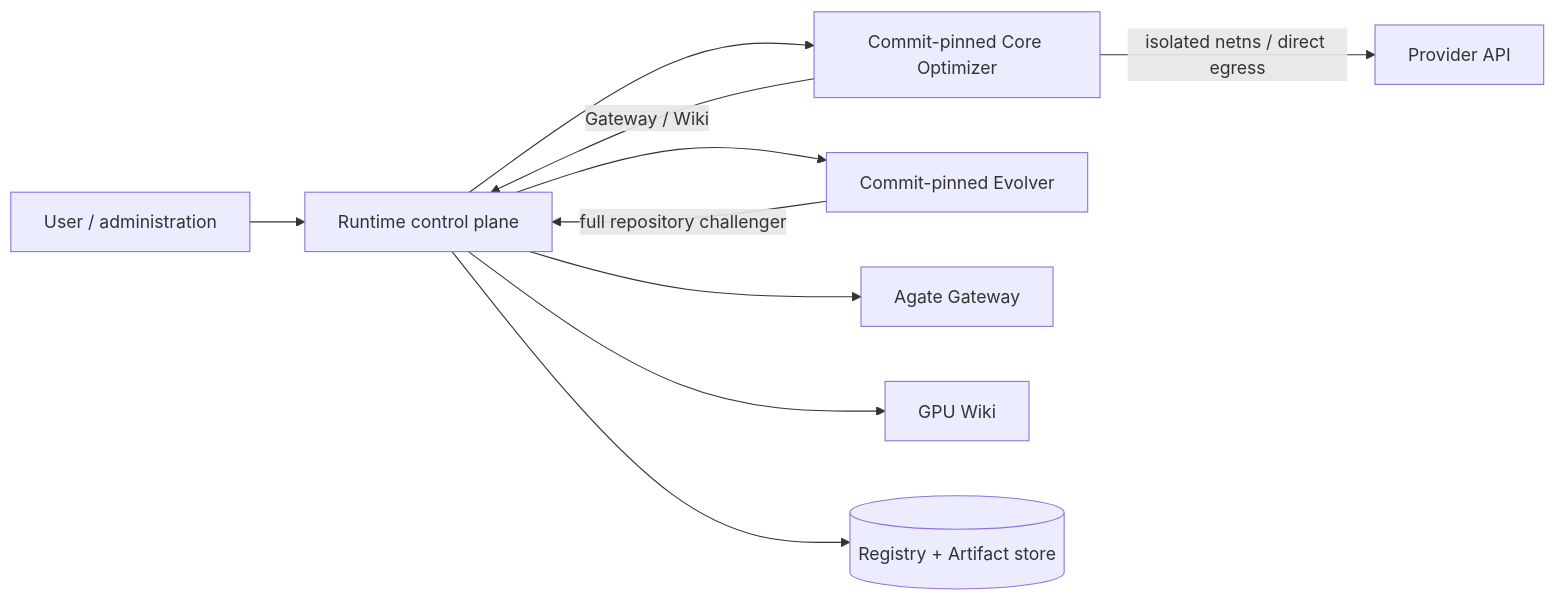
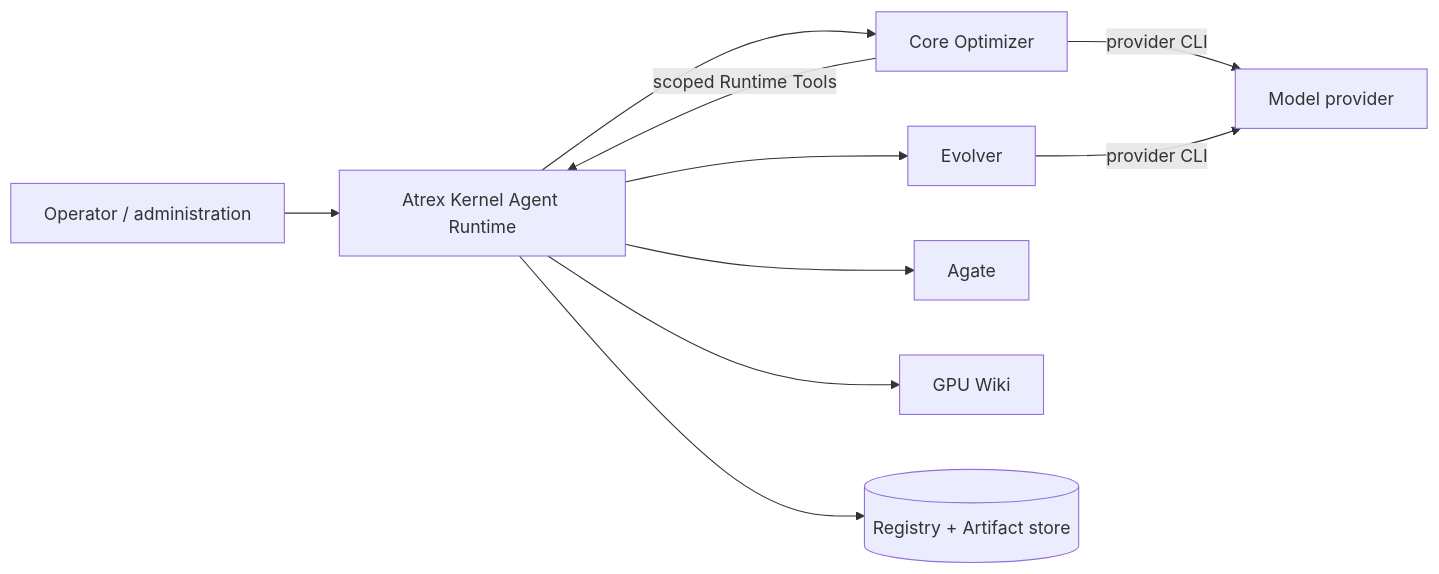
One commit to guoyuqi020/atrex-kernel-agent-runtime changed the diagram in docs/architecture.md. Above: the diagram before and after it, drawn with Mermaid. The commit also changed other lines of this file and 69 other files, not shown here.

````diff
--- a/docs/architecture.md
+++ b/docs/architecture.md
@@ -7,12 +11,12 @@
 ```mermaid
 flowchart LR
-    U["User / administration"] --> R["Runtime control plane"]
-    R --> C["Commit-pinned Core Optimizer"]
-    R --> E["Commit-pinned Evolver"]
-    C -->|"Gateway / Wiki"| R
-    C -->|"isolated netns / direct egress"| P["Provider API"]
-    R --> G["Agate Gateway"]
+    U["Operator / administration"] --> R["Atrex Kernel Agent Runtime"]
+    R --> C["Core Optimizer"]
+    R --> E["Evolver"]
+    C -->|"scoped Runtime Tools"| R
+    R --> G["Agate"]
     R --> W["GPU Wiki"]
     R --> S[("Registry + Artifact store")]
-    E -->|"full repository challenger"| R
+    C -->|"provider CLI"| P["Model provider"]
+    E -->|"provider CLI"| P
 ```
````
